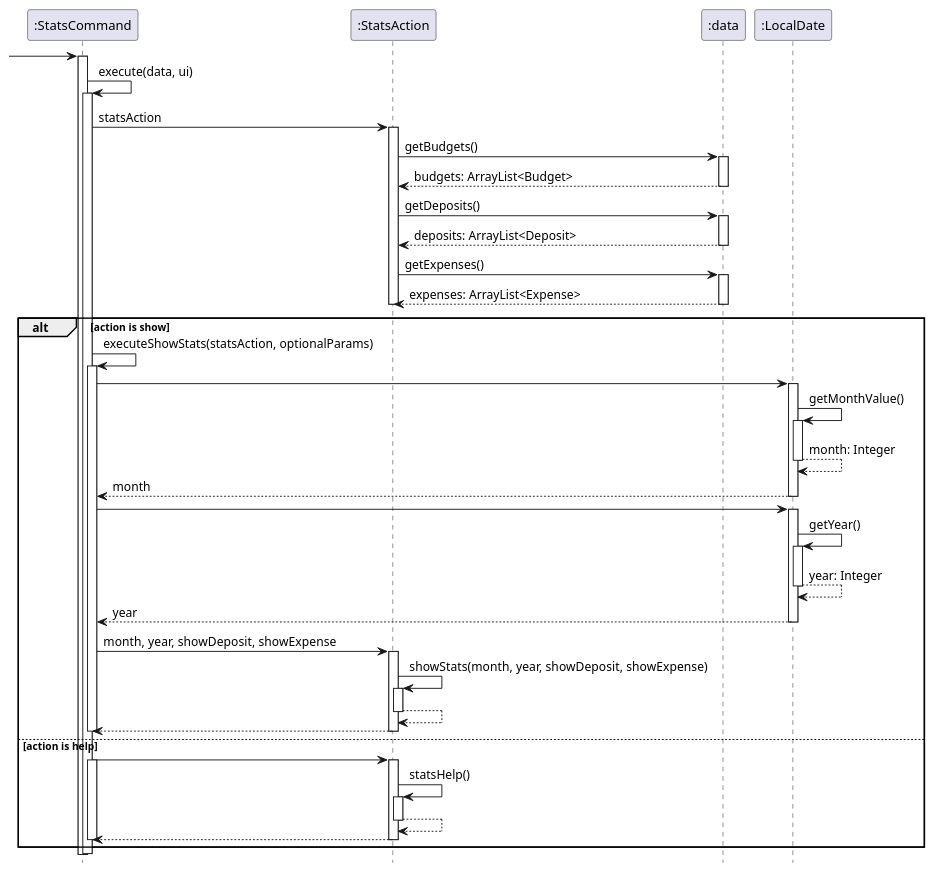
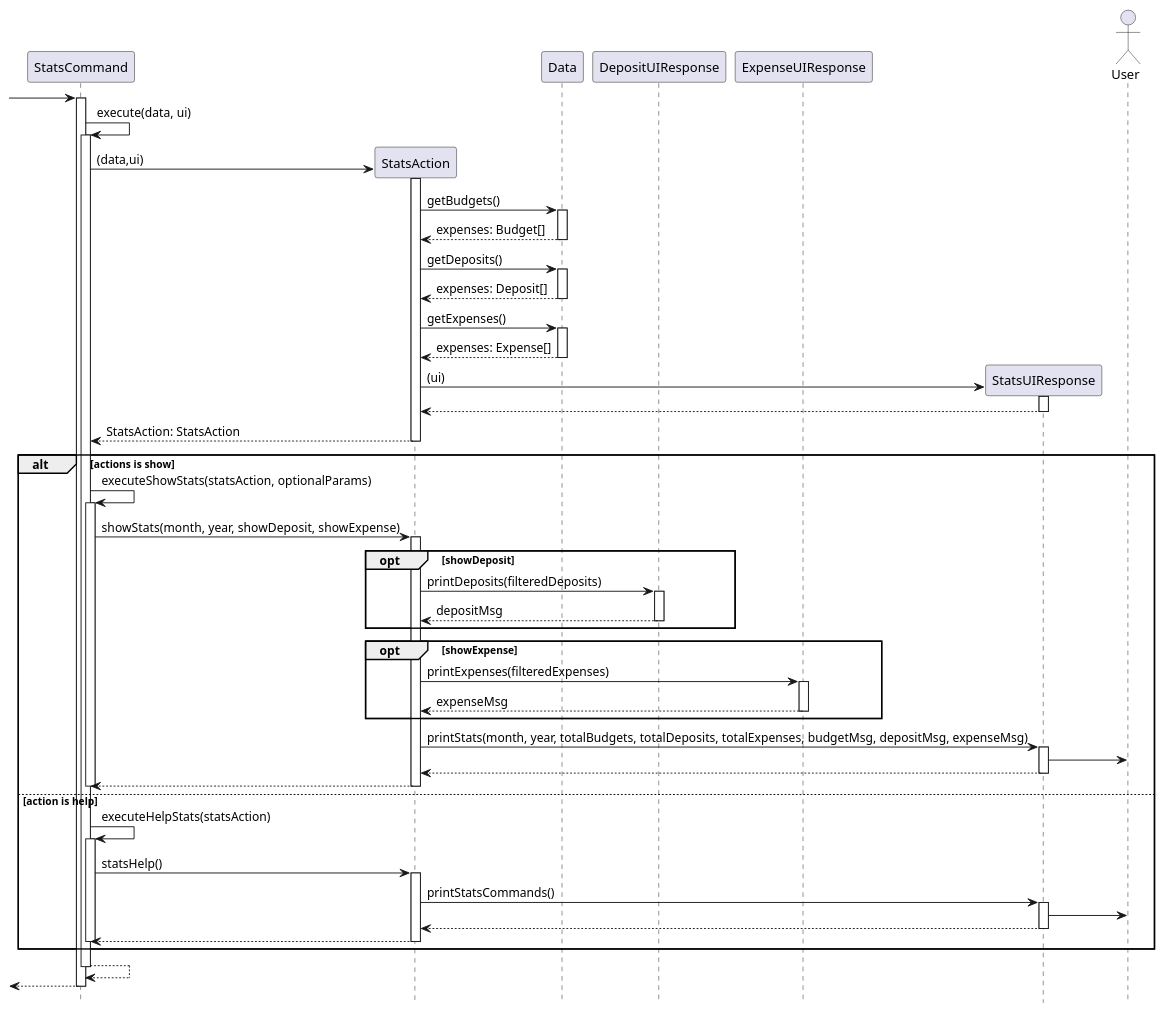
Before and after one commit to stephenkyang/tp: the diagram in docs/diagrams/StatsCommandSequence.puml, drawn with PlantUML. The commit also changed 22 other files, not shown here.

Commit message:
Modify sequence diagrams

```diff
--- a/docs/diagrams/StatsCommandSequence.puml
+++ b/docs/diagrams/StatsCommandSequence.puml
@@ -1,79 +1,86 @@
 @startuml
 
 hide footbox
 
- -> ":StatsCommand":
+participant StatsCommand
+participant StatsAction
+participant Data
+participant DepositUIResponse
+participant ExpenseUIResponse
+participant StatsUIResponse
+actor User
 
-activate ":StatsCommand"
-":StatsCommand" -> ":StatsCommand": execute(data, ui)
-activate  ":StatsCommand"
-":StatsCommand" -> ":StatsAction" :statsAction
-activate ":StatsAction"
+ -> "StatsCommand":
 
-":StatsAction" -> ":data" :getBudgets()
-activate ":data"
-return budgets: ArrayList<Budget>
-deactivate ":data"
-":StatsAction" -> ":data" :getDeposits()
-activate ":data"
-return deposits: ArrayList<Deposit>
-deactivate ":data"
-":StatsAction" -> ":data" :getExpenses()
-activate ":data"
-return expenses: ArrayList<Expense>
-deactivate ":data"
+activate "StatsCommand"
+"StatsCommand" -> "StatsCommand": execute(data, ui)
+activate  "StatsCommand"
+deactivate "Data"
+
+"StatsCommand" -> "StatsAction" ** : (data,ui)
+activate "StatsAction"
+
+"StatsAction" -> "Data": getBudgets()
+activate "Data"
+return expenses: Budget[]
+"StatsAction" -> "Data": getDeposits()
+activate "Data"
+return expenses: Deposit[]
+"StatsAction" -> "Data": getExpenses()
+activate "Data"
+return expenses: Expense[]
+
+"StatsAction" -> "StatsUIResponse" ** : (ui)
+activate "StatsUIResponse"
+"StatsUIResponse" --> "StatsAction"
+deactivate "StatsUIResponse"
+
+return StatsAction: StatsAction
+deactivate "StatsAction"
 
 
-deactivate ":StatsAction"
+alt actions is show
+"StatsCommand" -> "StatsCommand": executeShowStats(statsAction, optionalParams)
+activate "StatsCommand"
+"StatsCommand" -> "StatsAction" : showStats(month, year, showDeposit, showExpense)
+activate "StatsAction"
 
+opt showDeposit
+"StatsAction" -> "DepositUIResponse": printDeposits(filteredDeposits)
+activate "DepositUIResponse"
+return depositMsg
+end
 
+opt showExpense
+"StatsAction" -> "ExpenseUIResponse": printExpenses(filteredExpenses)
+activate "ExpenseUIResponse"
+return expenseMsg
+end
 
-alt action is show
-":StatsCommand" -> ":StatsCommand" :executeShowStats(statsAction, optionalParams)
-activate ":StatsCommand"
-
-
-":StatsCommand" -> ":LocalDate":
-activate ":LocalDate"
-":LocalDate" -> ":LocalDate": getMonthValue()
-activate ":LocalDate"
-return month: Integer
-return month
-
-
-":StatsCommand" -> ":LocalDate":
-activate ":LocalDate"
-":LocalDate" -> ":LocalDate": getYear()
-activate ":LocalDate"
-return year: Integer
-return year
-
-":StatsCommand" -> ":StatsAction" :month, year, showDeposit, showExpense
-activate ":StatsAction"
-":StatsAction" -> ":StatsAction" :showStats(month, year, showDeposit, showExpense)
-activate ":StatsAction"
+"StatsAction" -> "StatsUIResponse" : printStats(month, year, totalBudgets, totalDeposits, totalExpenses, budgetMsg, depositMsg, expenseMsg)
+activate "StatsUIResponse"
+"StatsUIResponse" -> User
 return
 return
 
-deactivate ":StatsCommand"
+deactivate "StatsCommand"
 
 else action is help
-":StatsCommand" -> ":StatsAction"
-activate ":StatsCommand"
-activate ":StatsAction"
-":StatsAction" -> ":StatsAction" : statsHelp()
-activate ":StatsAction"
+"StatsCommand" -> "StatsCommand": executeHelpStats(statsAction)
+activate "StatsCommand"
+"StatsCommand" -> "StatsAction" : statsHelp()
+activate "StatsAction"
+"StatsAction" -> "StatsUIResponse" : printStatsCommands()
+activate "StatsUIResponse"
+"StatsUIResponse" -> User
 return
 return
-deactivate ":StatsCommand"
 
+deactivate "StatsCommand"
 end
+"StatsCommand" --> "StatsCommand"
 
-
-
-deactivate ":StatsCommand"
-
-
-
-
+deactivate "StatsCommand"
+<-- "StatsCommand"
+deactivate "StatsCommand"
 @enduml
```
